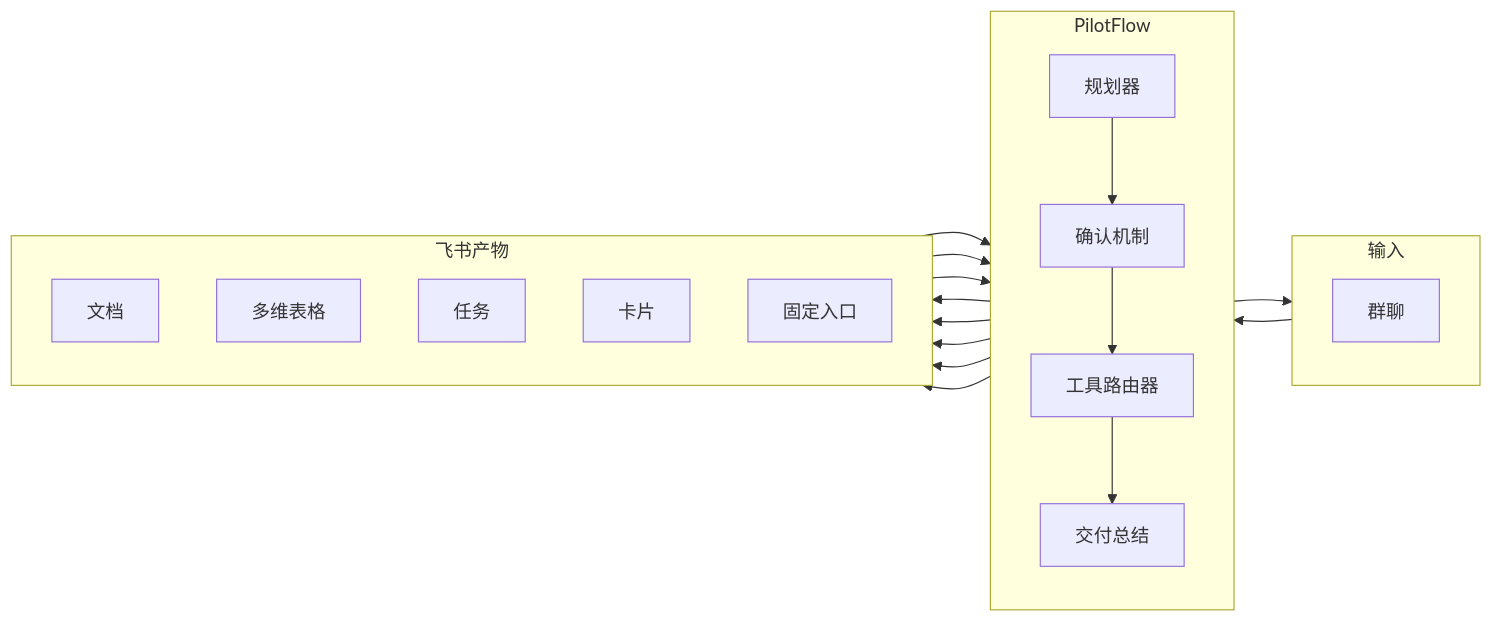
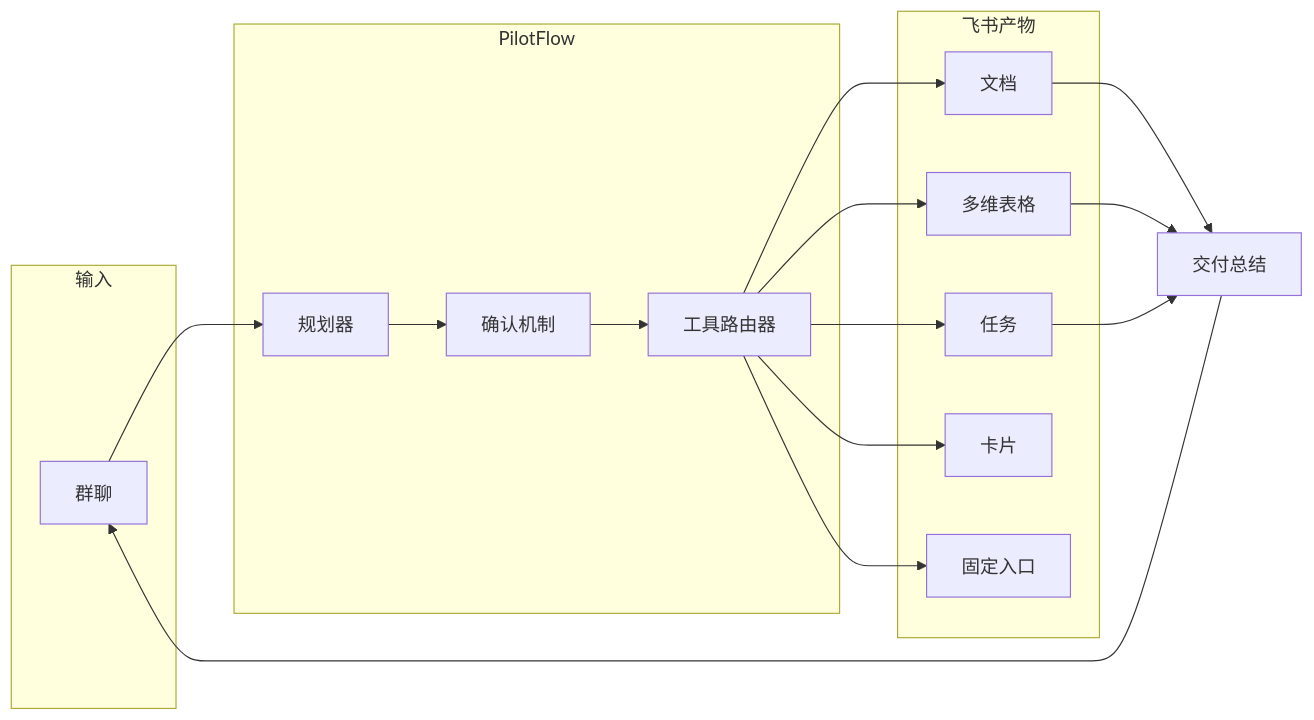
Before and after one commit to DeliciousBuding/pilot-flow: the second of 2 diagrams in README.md, drawn with Mermaid. The commit also changed 1 other file, not shown here.

Commit message:
docs: revert architecture diagram to previous layout

````diff
--- a/README.md
+++ b/README.md
@@ -87,36 +87,30 @@
 ```mermaid
 flowchart LR
     subgraph 输入
-        direction TB
         IM["群聊"]
     end
 
     subgraph PilotFlow
-        direction TB
-        Planner["规划器"]
-        Confirm["确认机制"]
-        Router["工具路由器"]
-        Summary["交付总结"]
-        Planner --> Confirm --> Router --> Summary
+        Planner["规划器"] --> Confirm["确认机制"]
+        Confirm --> Router["工具路由器"]
     end
 
     subgraph 飞书产物
-        direction TB
         Doc["文档"]
         Base["多维表格"]
         Task["任务"]
         Card["卡片"]
         Entry["固定入口"]
     end
 
     IM --> Planner
     Router --> Doc
     Router --> Base
     Router --> Task
     Router --> Card
     Router --> Entry
-    Doc --> Summary
+    Doc --> Summary["交付总结"]
     Base --> Summary
     Task --> Summary
     Summary --> IM
 ```
````
